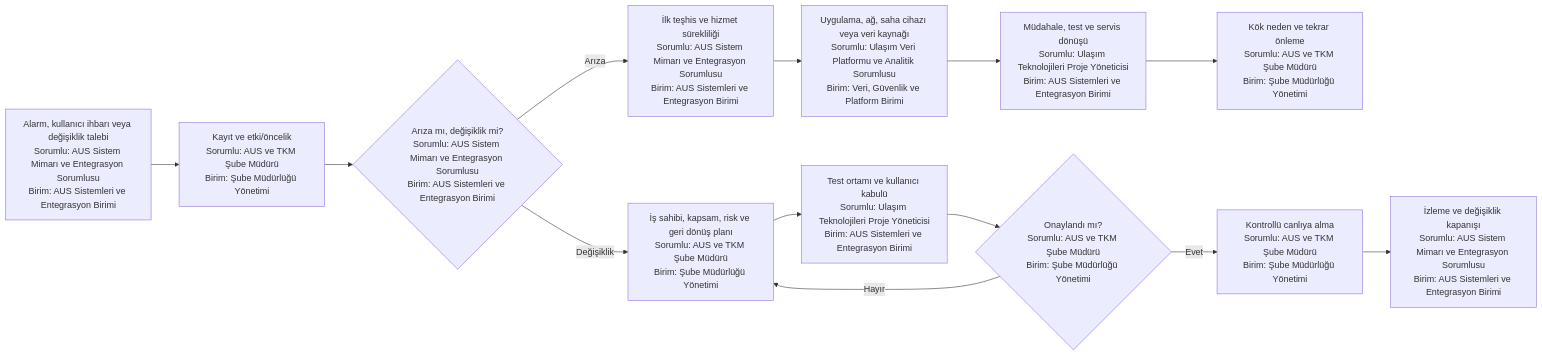
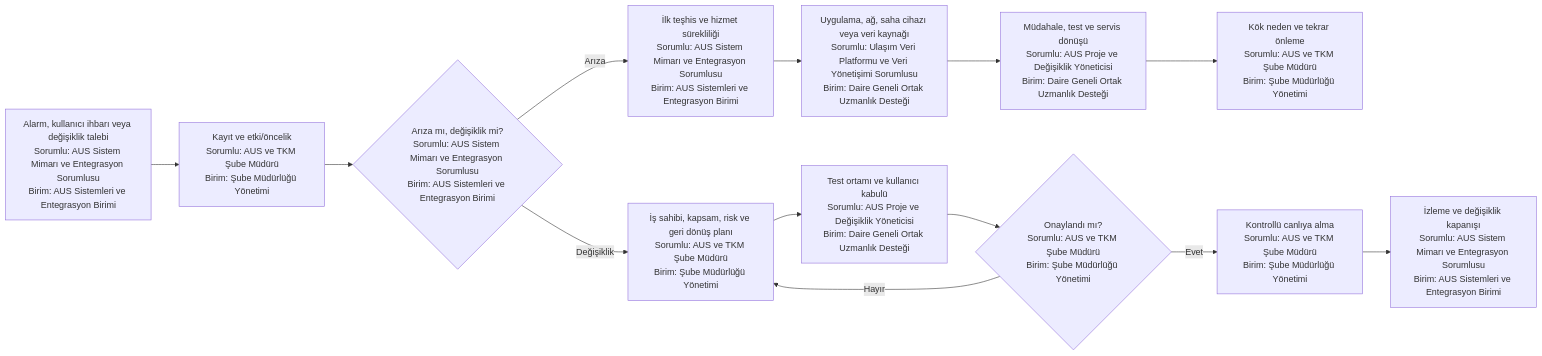
Before and after one commit to merdaergen-create/Ulasim_Dairesi_Is_Analizi: the fifth of 5 diagrams in 15_yalin_surec_haritalari/akilli_ulasim/README.md, drawn with Mermaid. The commit also changed other lines of this file and 7 other files, not shown here.

````diff
--- a/15_yalin_surec_haritalari/akilli_ulasim/README.md
+++ b/15_yalin_surec_haritalari/akilli_ulasim/README.md
@@ -145,15 +145,15 @@
 ```mermaid
 flowchart LR
     A[Alarm, kullanıcı ihbarı veya değişiklik talebi<br/>Sorumlu: AUS Sistem Mimarı ve Entegrasyon Sorumlusu<br/>Birim: AUS Sistemleri ve Entegrasyon Birimi] --> B[Kayıt ve etki/öncelik<br/>Sorumlu: AUS ve TKM Şube Müdürü<br/>Birim: Şube Müdürlüğü Yönetimi]
     B --> C{Arıza mı, değişiklik mi?<br/>Sorumlu: AUS Sistem Mimarı ve Entegrasyon Sorumlusu<br/>Birim: AUS Sistemleri ve Entegrasyon Birimi}
     C -- Arıza --> D[İlk teşhis ve hizmet sürekliliği<br/>Sorumlu: AUS Sistem Mimarı ve Entegrasyon Sorumlusu<br/>Birim: AUS Sistemleri ve Entegrasyon Birimi]
-    D --> E[Uygulama, ağ, saha cihazı veya veri kaynağı<br/>Sorumlu: Ulaşım Veri Platformu ve Analitik Sorumlusu<br/>Birim: Veri, Güvenlik ve Platform Birimi]
-    E --> F[Müdahale, test ve servis dönüşü<br/>Sorumlu: Ulaşım Teknolojileri Proje Yöneticisi<br/>Birim: AUS Sistemleri ve Entegrasyon Birimi]
+    D --> E[Uygulama, ağ, saha cihazı veya veri kaynağı<br/>Sorumlu: Ulaşım Veri Platformu ve Veri Yönetişimi Sorumlusu<br/>Birim: Daire Geneli Ortak Uzmanlık Desteği]
+    E --> F[Müdahale, test ve servis dönüşü<br/>Sorumlu: AUS Proje ve Değişiklik Yöneticisi<br/>Birim: Daire Geneli Ortak Uzmanlık Desteği]
     F --> G[Kök neden ve tekrar önleme<br/>Sorumlu: AUS ve TKM Şube Müdürü<br/>Birim: Şube Müdürlüğü Yönetimi]
     C -- Değişiklik --> H[İş sahibi, kapsam, risk ve geri dönüş planı<br/>Sorumlu: AUS ve TKM Şube Müdürü<br/>Birim: Şube Müdürlüğü Yönetimi]
-    H --> I[Test ortamı ve kullanıcı kabulü<br/>Sorumlu: Ulaşım Teknolojileri Proje Yöneticisi<br/>Birim: AUS Sistemleri ve Entegrasyon Birimi]
+    H --> I[Test ortamı ve kullanıcı kabulü<br/>Sorumlu: AUS Proje ve Değişiklik Yöneticisi<br/>Birim: Daire Geneli Ortak Uzmanlık Desteği]
     I --> J{Onaylandı mı?<br/>Sorumlu: AUS ve TKM Şube Müdürü<br/>Birim: Şube Müdürlüğü Yönetimi}
     J -- Hayır --> H
     J -- Evet --> K[Kontrollü canlıya alma<br/>Sorumlu: AUS ve TKM Şube Müdürü<br/>Birim: Şube Müdürlüğü Yönetimi]
     K --> L[İzleme ve değişiklik kapanışı<br/>Sorumlu: AUS Sistem Mimarı ve Entegrasyon Sorumlusu<br/>Birim: AUS Sistemleri ve Entegrasyon Birimi]
 ```
````
